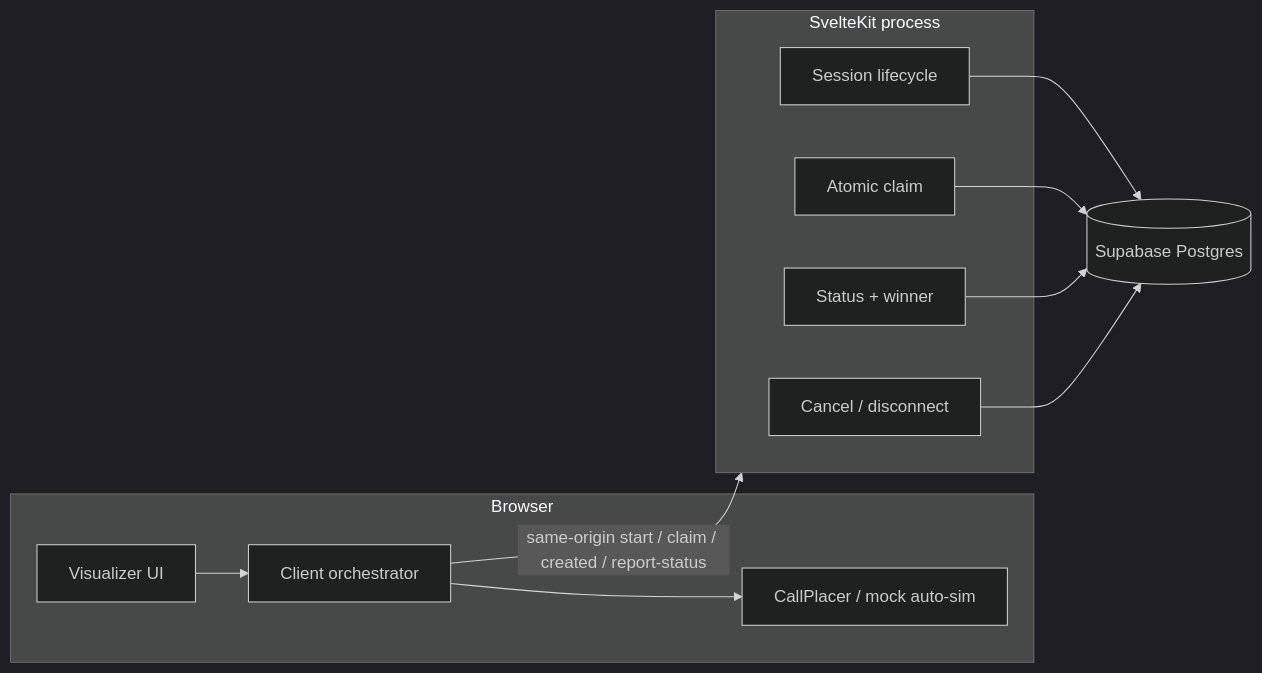
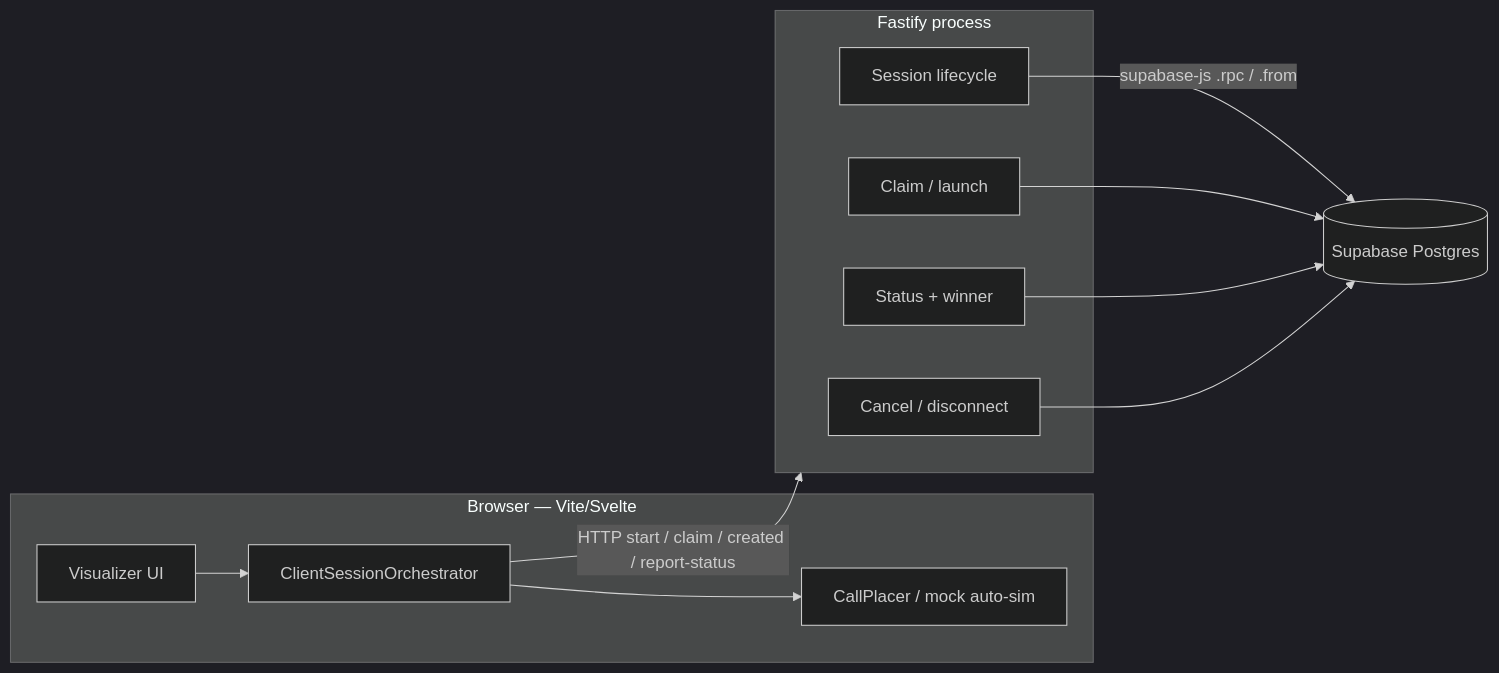
One commit to daniel-citrus/concurrent-outbound-dialer changed the first of 7 diagrams in docs/ARCHITECTURE.md. Above: the diagram before and after it, drawn with Mermaid (dark theme). The commit also changed other lines of this file and 31 other files, not shown here.

First line of the commit message:
Replace the runtime Postgres pool with Supabase service-role RPCs for atomic dialer operations.

````diff
--- a/docs/ARCHITECTURE.md
+++ b/docs/ARCHITECTURE.md
@@ -103,22 +116,22 @@
 ```mermaid
 flowchart LR
-  subgraph browser [Browser]
+  subgraph browser [Browser — Vite/Svelte]
     UI[Visualizer UI]
-    Orch[Client orchestrator]
+    Orch[ClientSessionOrchestrator]
     Place[CallPlacer / mock auto-sim]
     UI --> Orch
     Orch --> Place
   end
-  subgraph kit [SvelteKit process]
+  subgraph api [Fastify process]
     Life[Session lifecycle]
-    Claim[Atomic claim]
+    Claim[Claim / launch]
     Status[Status + winner]
     Cancel[Cancel / disconnect]
   end
   SB[(Supabase Postgres)]
-  Orch -->|same-origin start / claim / created / report-status| kit
-  Life --> SB
+  Orch -->|HTTP start / claim / created / report-status| api
+  Life -->|supabase-js .rpc / .from| SB
   Claim --> SB
   Status --> SB
   Cancel --> SB
 ```
````
